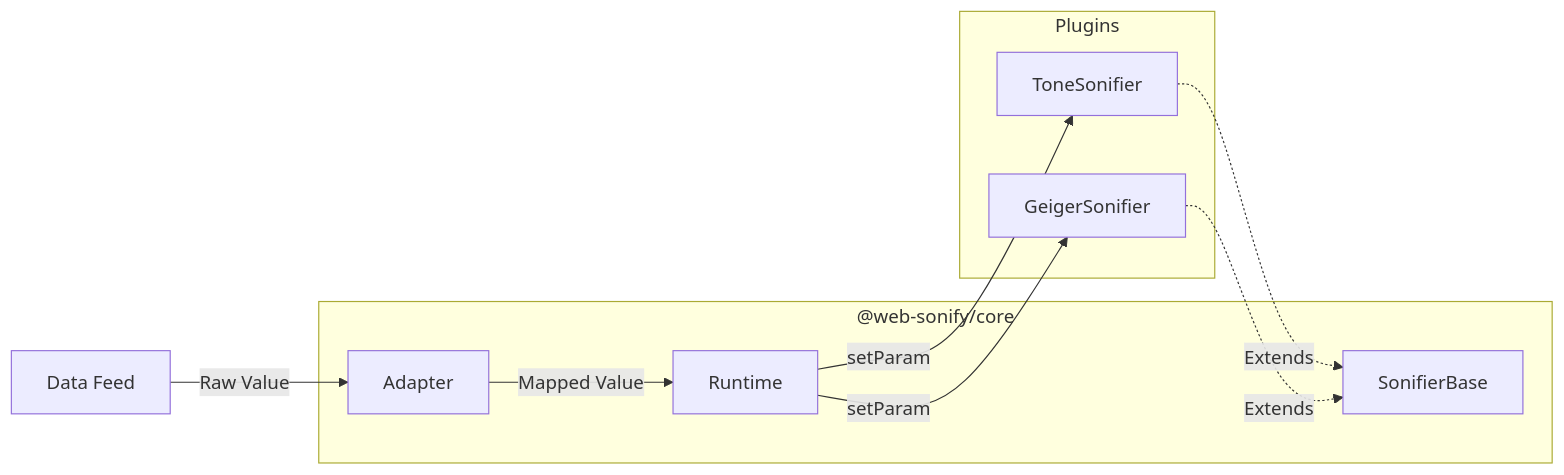
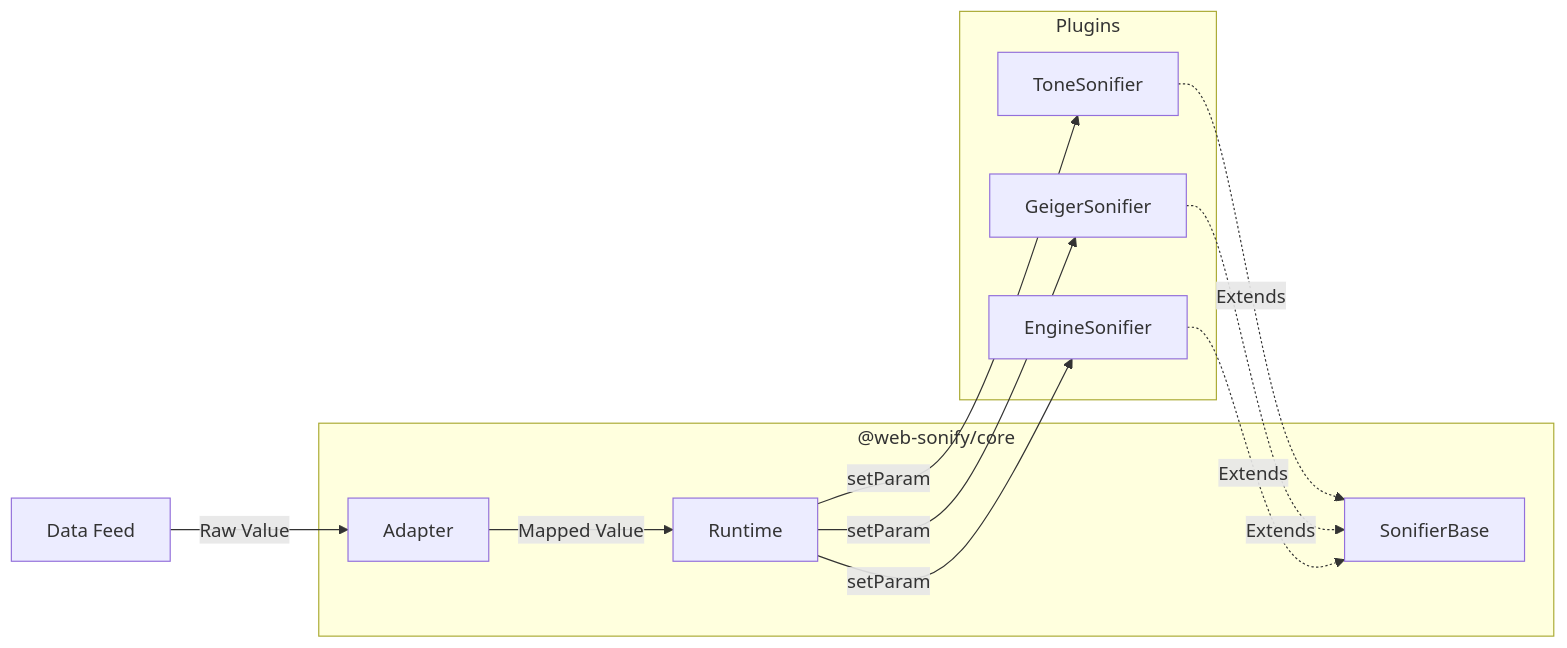
One commit to grahamsw/web-sonifier changed the second of 2 diagrams in README.md. Above: the diagram before and after it, drawn with Mermaid. The commit also changed 3 other files, not shown here.

````diff
--- a/README.md
+++ b/README.md
@@ -28,20 +28,23 @@
 ```mermaid
 graph LR
     subgraph "@web-sonify/core"
         Runtime[Runtime]
         Adapter[Adapter]
         Base[SonifierBase]
     end
 
     subgraph "Plugins"
         Tone[ToneSonifier]
         Geiger[GeigerSonifier]
+        Engine[EngineSonifier]
     end
 
     Data[Data Feed] -->|Raw Value| Adapter
     Adapter -->|Mapped Value| Runtime
     Runtime -->|setParam| Tone
     Runtime -->|setParam| Geiger
+    Runtime -->|setParam| Engine
     Tone -.->|Extends| Base
     Geiger -.->|Extends| Base
+    Engine -.->|Extends| Base
 ```
````
